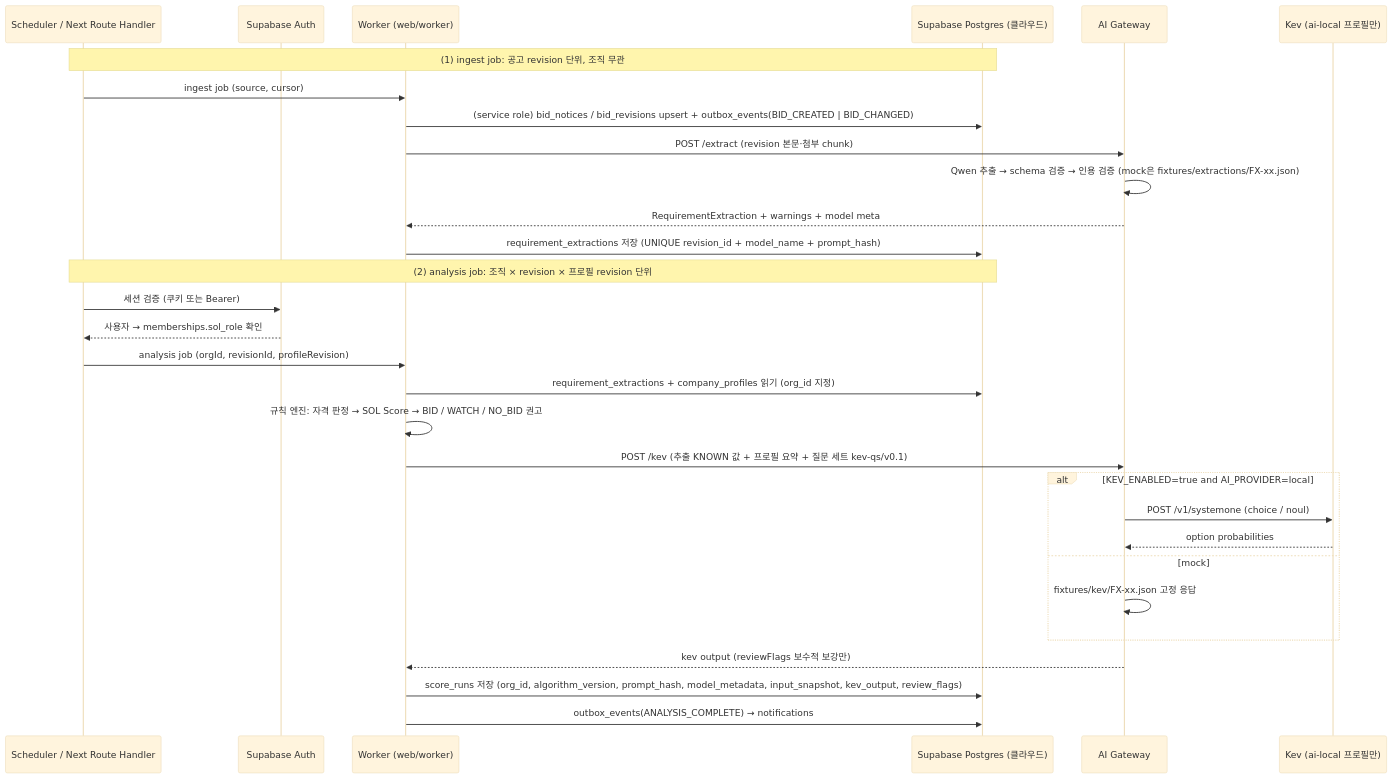
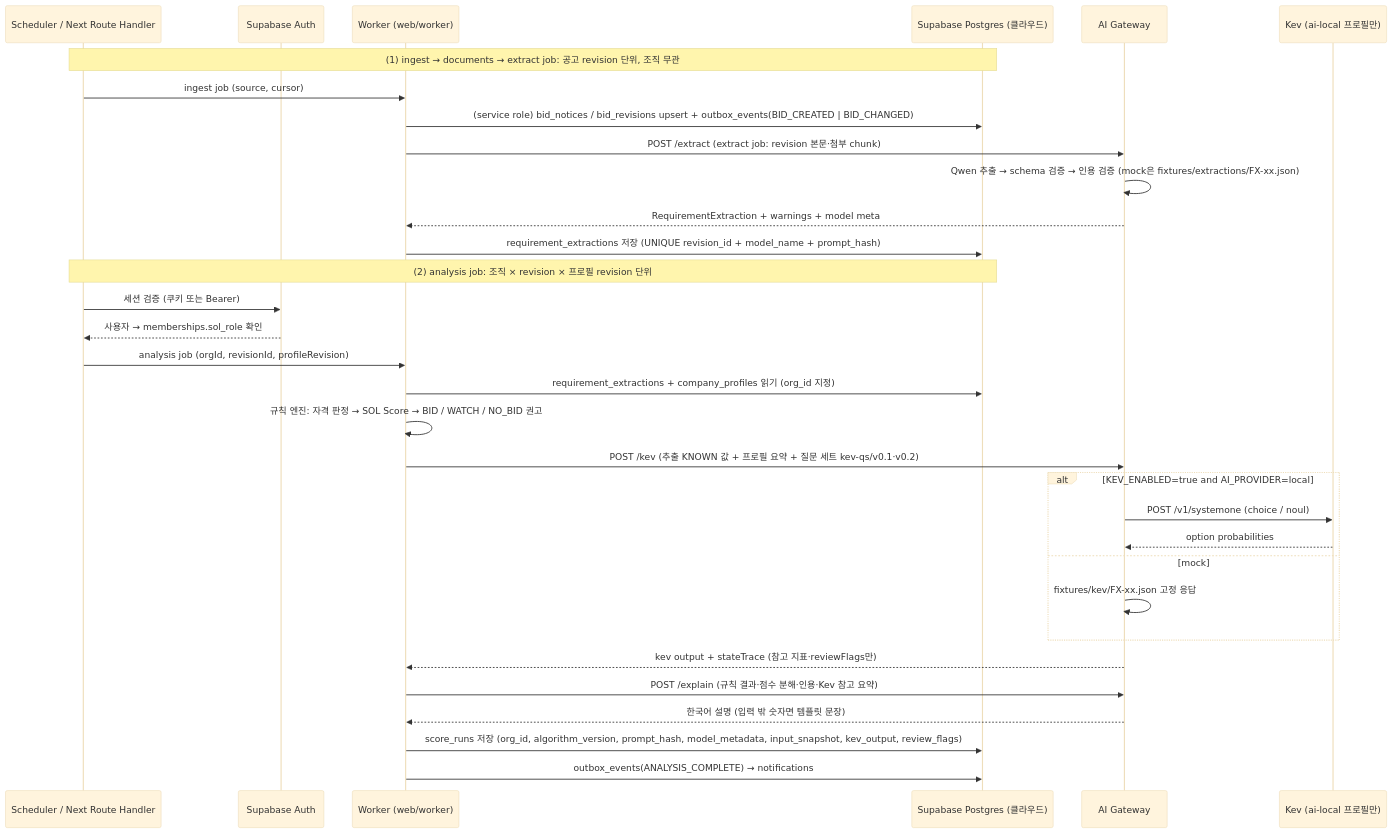
The second of 3 diagrams in docs/02-ARCHITECTURE.md (solideoai/sol-radar), drawn with Mermaid (base theme) before and after one commit. The commit also changed other lines of this file and 21 other files, not shown here.

````diff
--- a/docs/02-ARCHITECTURE.md
+++ b/docs/02-ARCHITECTURE.md
@@ -78,32 +81,34 @@
 ```mermaid
 sequenceDiagram
  participant S as Scheduler / Next Route Handler
  participant SA as Supabase Auth
  participant W as Worker (web/worker)
  participant P as Supabase Postgres (클라우드)
  participant A as AI Gateway
  participant K as Kev (ai-local 프로필만)
- Note over S,P: (1) ingest job: 공고 revision 단위, 조직 무관
+ Note over S,P: (1) ingest → documents → extract job: 공고 revision 단위, 조직 무관
  S->>W: ingest job (source, cursor)
  W->>P: (service role) bid_notices / bid_revisions upsert + outbox_events(BID_CREATED | BID_CHANGED)
- W->>A: POST /extract (revision 본문·첨부 chunk)
+ W->>A: POST /extract (extract job: revision 본문·첨부 chunk)
  A->>A: Qwen 추출 → schema 검증 → 인용 검증 (mock은 fixtures/extractions/FX-xx.json)
  A-->>W: RequirementExtraction + warnings + model meta
  W->>P: requirement_extractions 저장 (UNIQUE revision_id + model_name + prompt_hash)
  Note over S,P: (2) analysis job: 조직 × revision × 프로필 revision 단위
  S->>SA: 세션 검증 (쿠키 또는 Bearer)
  SA-->>S: 사용자 → memberships.sol_role 확인
  S->>W: analysis job (orgId, revisionId, profileRevision)
  W->>P: requirement_extractions + company_profiles 읽기 (org_id 지정)
  W->>W: 규칙 엔진: 자격 판정 → SOL Score → BID / WATCH / NO_BID 권고
- W->>A: POST /kev (추출 KNOWN 값 + 프로필 요약 + 질문 세트 kev-qs/v0.1)
+ W->>A: POST /kev (추출 KNOWN 값 + 프로필 요약 + 질문 세트 kev-qs/v0.1·v0.2)
  alt KEV_ENABLED=true and AI_PROVIDER=local
   A->>K: POST /v1/systemone (choice / noul)
   K-->>A: option probabilities
  else mock
   A->>A: fixtures/kev/FX-xx.json 고정 응답
  end
- A-->>W: kev output (reviewFlags 보수적 보강만)
+ A-->>W: kev output + stateTrace (참고 지표·reviewFlags만)
+ W->>A: POST /explain (규칙 결과·점수 분해·인용·Kev 참고 요약)
+ A-->>W: 한국어 설명 (입력 밖 숫자면 템플릿 문장)
  W->>P: score_runs 저장 (org_id, algorithm_version, prompt_hash, model_metadata, input_snapshot, kev_output, review_flags)
  W->>P: outbox_events(ANALYSIS_COMPLETE) → notifications
 ```
````
